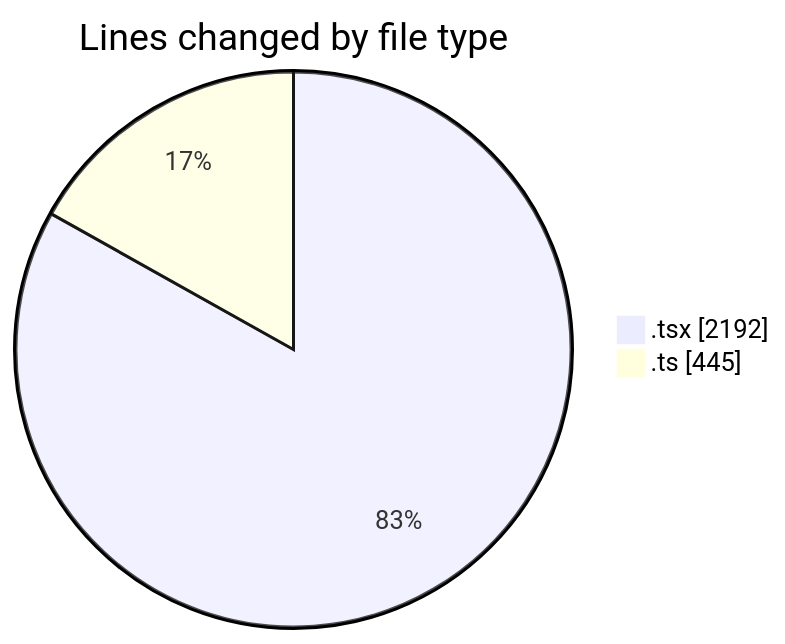
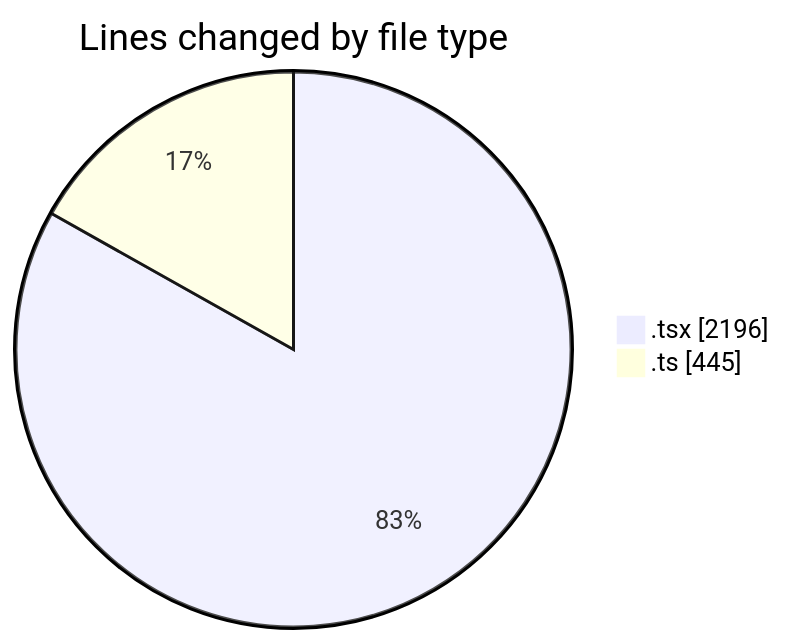
The first of 2 diagrams in 2025-09-24/cda/README.md (momahboobian/code-tracking), drawn with Mermaid before and after one commit. The commit also changed other lines of this file and 1 other file, not shown here.

````diff
--- a/2025-09-24/cda/README.md
+++ b/2025-09-24/cda/README.md
@@ -30,6 +30,6 @@
 ```mermaid
 pie showData
 title Lines changed by file type
-".tsx" : 2192
+".tsx" : 2196
 ".ts" : 445
 ```
````
